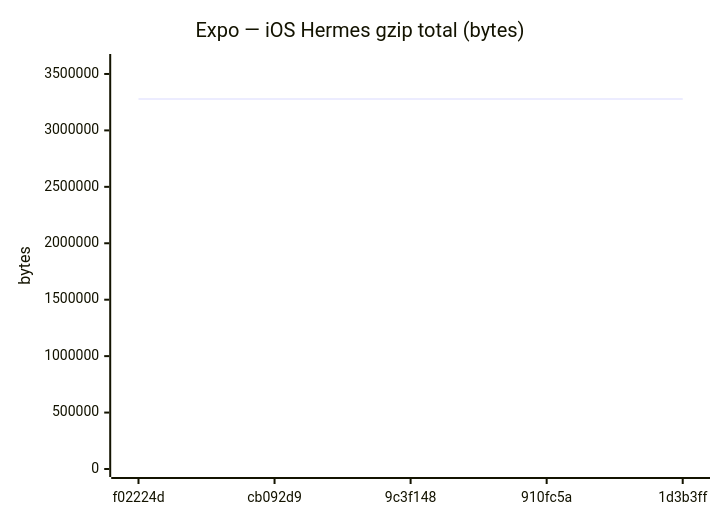
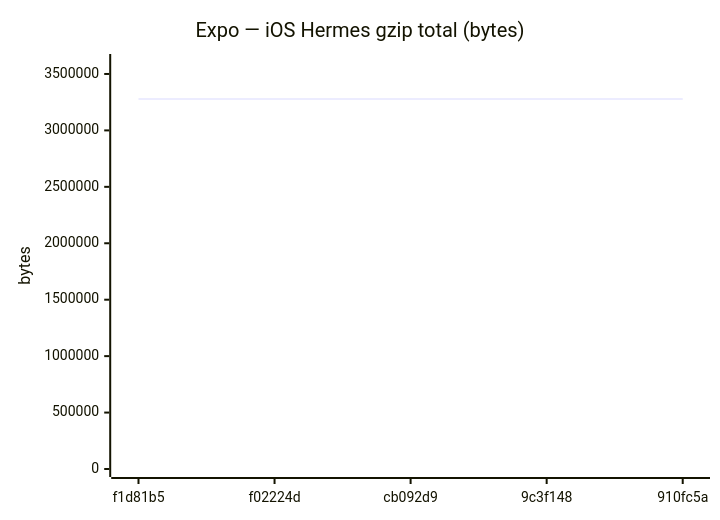
Before and after one commit to Metaheurist/Rianell: diagram 12 of 18 in benchmarks/compare.md, drawn with Mermaid. The commit also changed other lines of this file and 11 other files, not shown here.

````diff
--- a/benchmarks/compare.md
+++ b/benchmarks/compare.md
@@ -179,7 +179,7 @@
 ```mermaid
 xychart-beta
     title "Expo — iOS Hermes gzip total (bytes)"
-    x-axis ["f02224d", "cb092d9", "9c3f148", "910fc5a", "1d3b3ff"]
+    x-axis ["f1d81b5", "f02224d", "cb092d9", "9c3f148", "910fc5a"]
     y-axis "bytes" 0 --> 3606021
-    line [3278200, 3278198, 3278199, 3277688, 3278198]
+    line [3278200, 3278200, 3278198, 3278199, 3277688]
 ```
````
